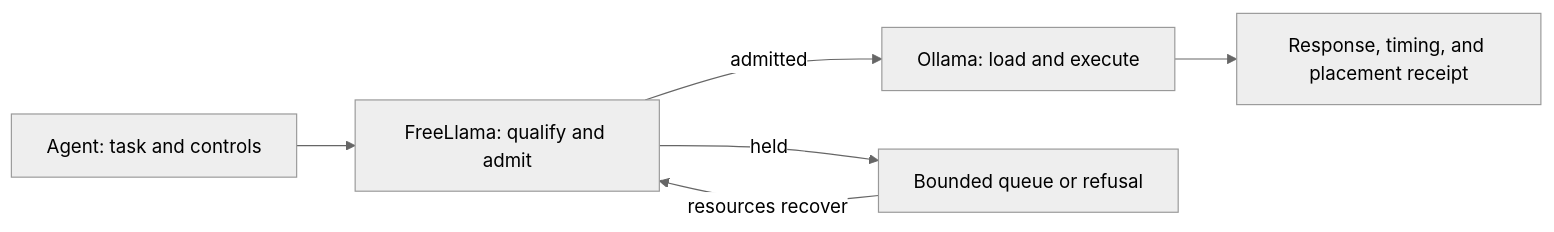
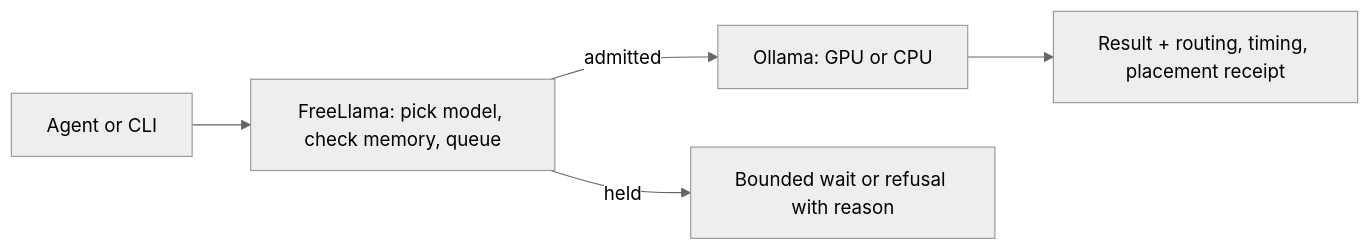
The first of 5 diagrams in README.md (bgauryy/FreeLlama), drawn with Mermaid (neutral theme) before and after one commit. The commit also changed other lines of this file and 84 other files, not shown here.

First line of the commit message:
Update flows (#8)

````diff
--- a/README.md
+++ b/README.md
@@ -11,8 +12,7 @@
 ```mermaid
 flowchart LR
-    Agent["Agent: task and controls"] --> Check["FreeLlama: qualify and admit"]
-    Check -->|"admitted"| Ollama["Ollama: load and execute"]
-    Check -->|"held"| Wait["Bounded queue or refusal"]
-    Wait -->|"resources recover"| Check
-    Ollama --> Receipt["Response, timing, and placement receipt"]
+    Agent["Agent or CLI"] --> FL["FreeLlama: pick model, check memory, queue"]
+    FL -->|admitted| Ollama["Ollama: GPU or CPU"]
+    FL -->|held| Wait["Bounded wait or refusal with reason"]
+    Ollama --> Receipt["Result + routing, timing, placement receipt"]
 ```
````
